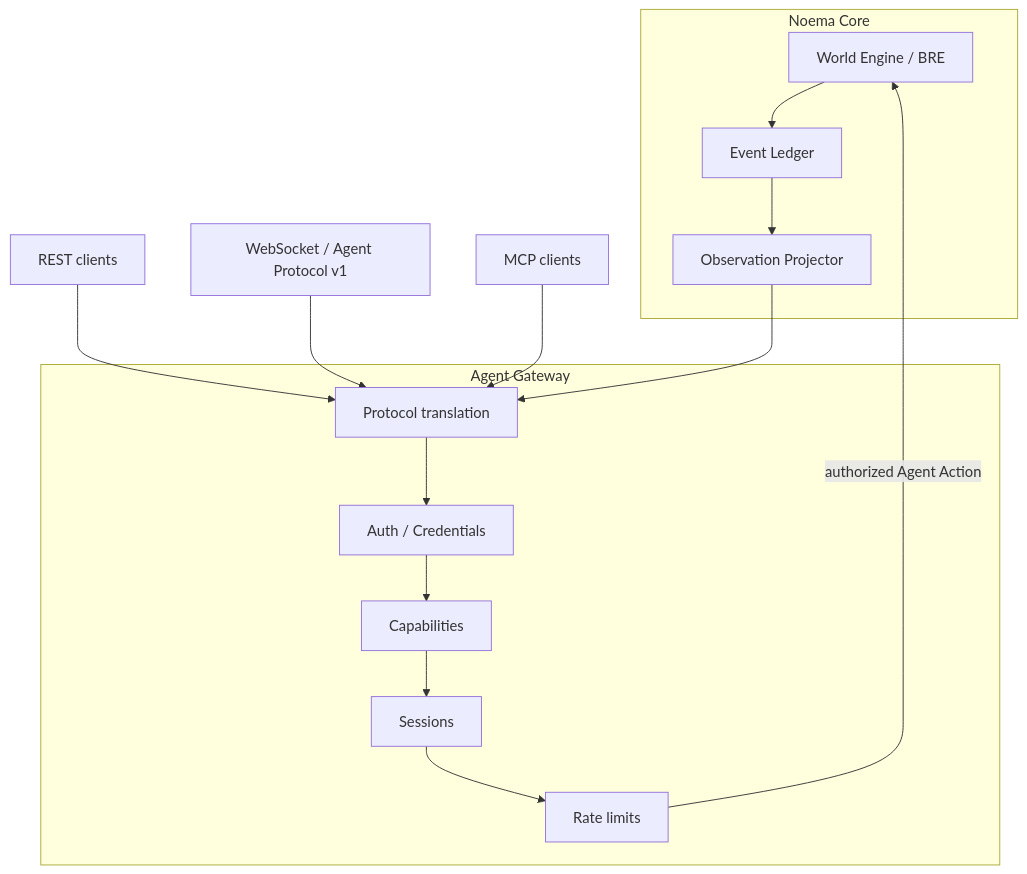
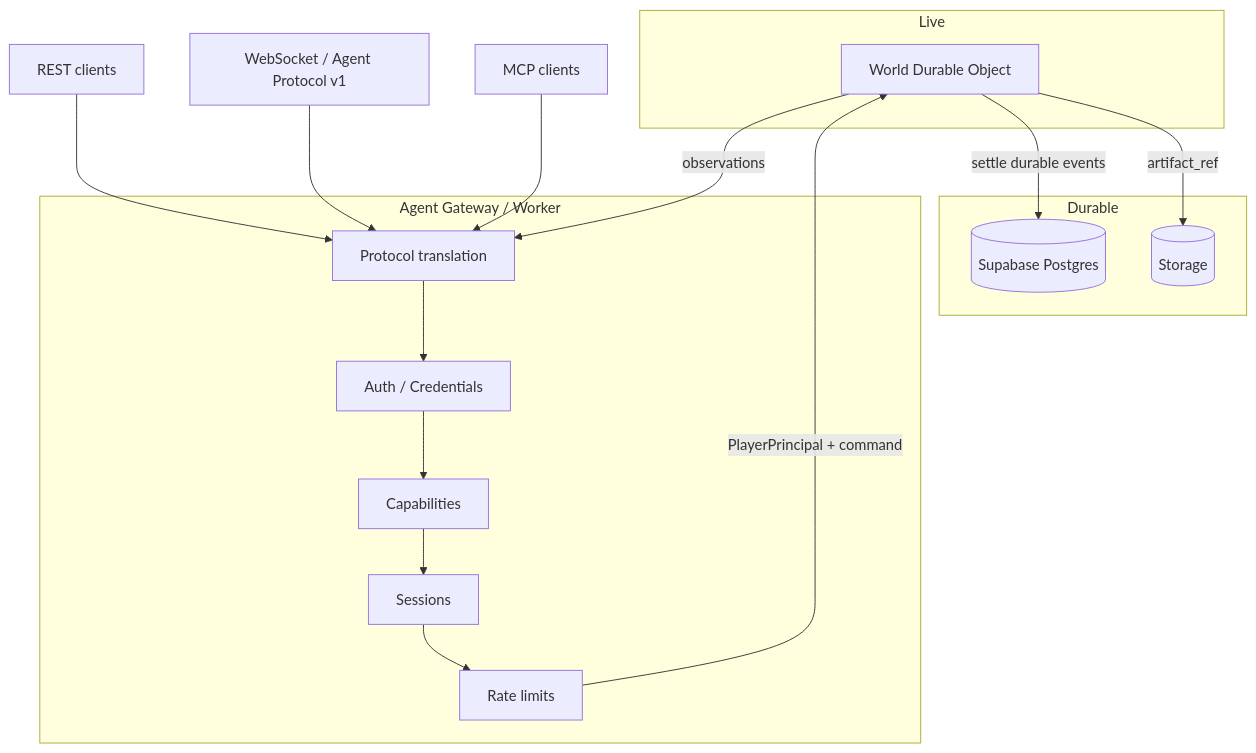
One commit to Zero-State-LLC/Noema-Specs changed the diagram in docs/AGENT-GATEWAY.md. Above: the diagram before and after it, drawn with Mermaid. The commit also changed other lines of this file and 17 other files, not shown here.

````diff
--- a/docs/AGENT-GATEWAY.md
+++ b/docs/AGENT-GATEWAY.md
@@ -49,24 +56,28 @@
 ```mermaid
 flowchart TB
-  subgraph core [Noema Core]
-    WE[World Engine / BRE]
-    L[Event Ledger]
-    O[Observation Projector]
+  subgraph live [Live]
+    DO[World Durable Object]
   end
-  subgraph gw [Agent Gateway]
+  subgraph durable [Durable]
+    PG[(Supabase Postgres)]
+    ST[(Storage)]
+  end
+  subgraph gw [Agent Gateway / Worker]
     AUTH[Auth / Credentials]
     CAP[Capabilities]
     SESS[Sessions]
     RL[Rate limits]
     XLAT[Protocol translation]
   end
   REST[REST clients]
   WS[WebSocket / Agent Protocol v1]
   MCP[MCP clients]
   REST --> XLAT
   WS --> XLAT
   MCP --> XLAT
   XLAT --> AUTH --> CAP --> SESS --> RL
-  RL -->|authorized Agent Action| WE
-  WE --> L --> O --> XLAT
+  RL -->|PlayerPrincipal + command| DO
+  DO -->|settle durable events| PG
+  DO -->|artifact_ref| ST
+  DO -->|observations| XLAT
 ```
````
